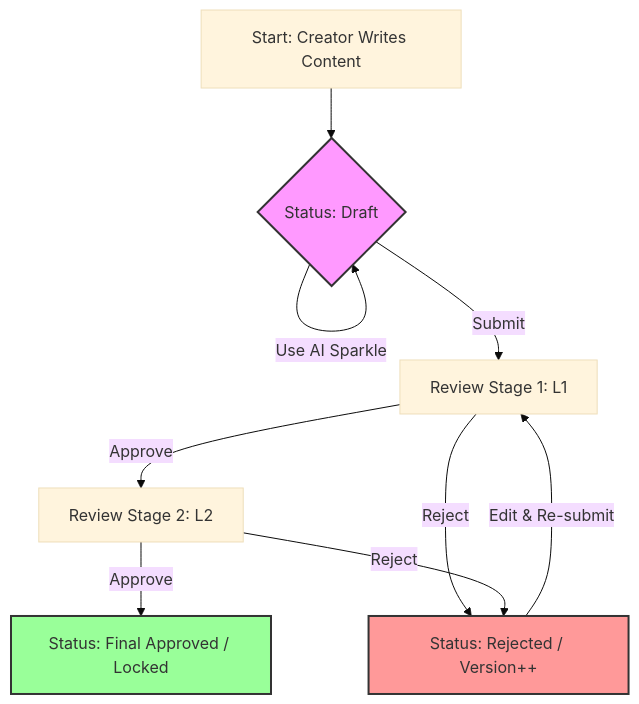
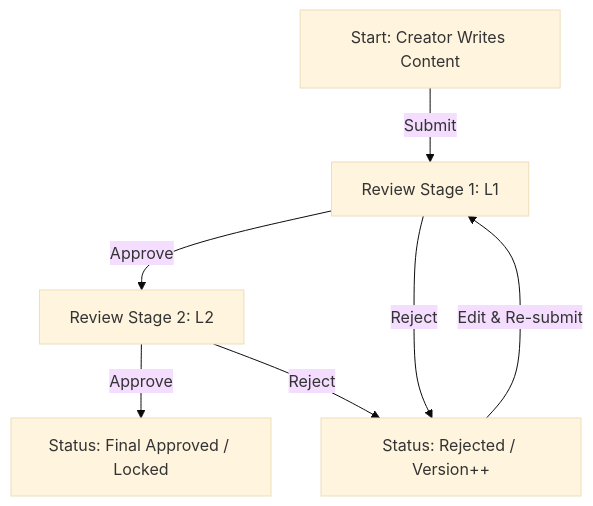
Before and after one commit to sandeepbeherakbl/content_review: the diagram in content-flow-backend/README.md, drawn with Mermaid (base theme). The commit also changed other lines of this file and 1 other file, not shown here.

````diff
--- a/content-flow-backend/README.md
+++ b/content-flow-backend/README.md
@@ -14,18 +14,14 @@
 ```mermaid
 graph TD
-    A[Start: Creator Writes Content] --> B{Status: Draft}
-    B -- Use AI Sparkle --> B
-    B -- Submit --> C[Review Stage 1: L1]
+    A[Start: Creator Writes Content]
+    
+    A -- Submit --> C[Review Stage 1: L1]
     
     C -- Approve --> D[Review Stage 2: L2]
     C -- Reject --> E[Status: Rejected / Version++]
     
     D -- Approve --> F[Status: Final Approved / Locked]
     D -- Reject --> E
     
     E -- Edit & Re-submit --> C
-    
-    style B fill:#f9f,stroke:#333,stroke-width:2px
-    style F fill:#9f9,stroke:#333,stroke-width:2px
-    style E fill:#f99,stroke:#333,stroke-width:2px
 ```
````
